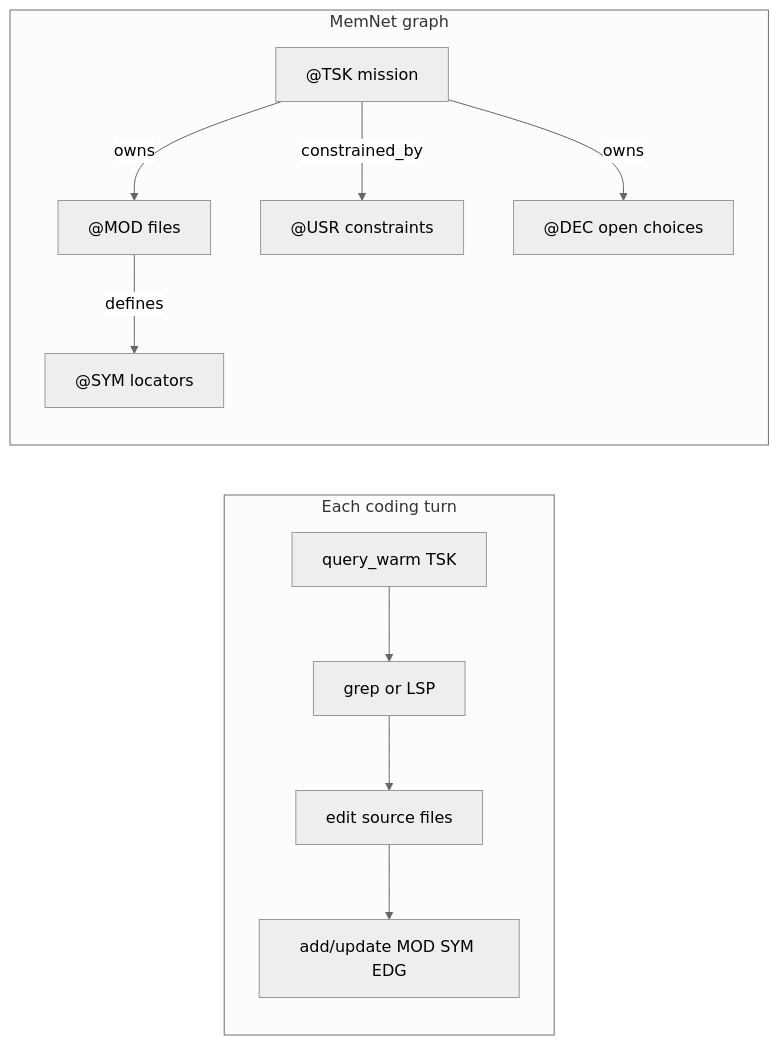
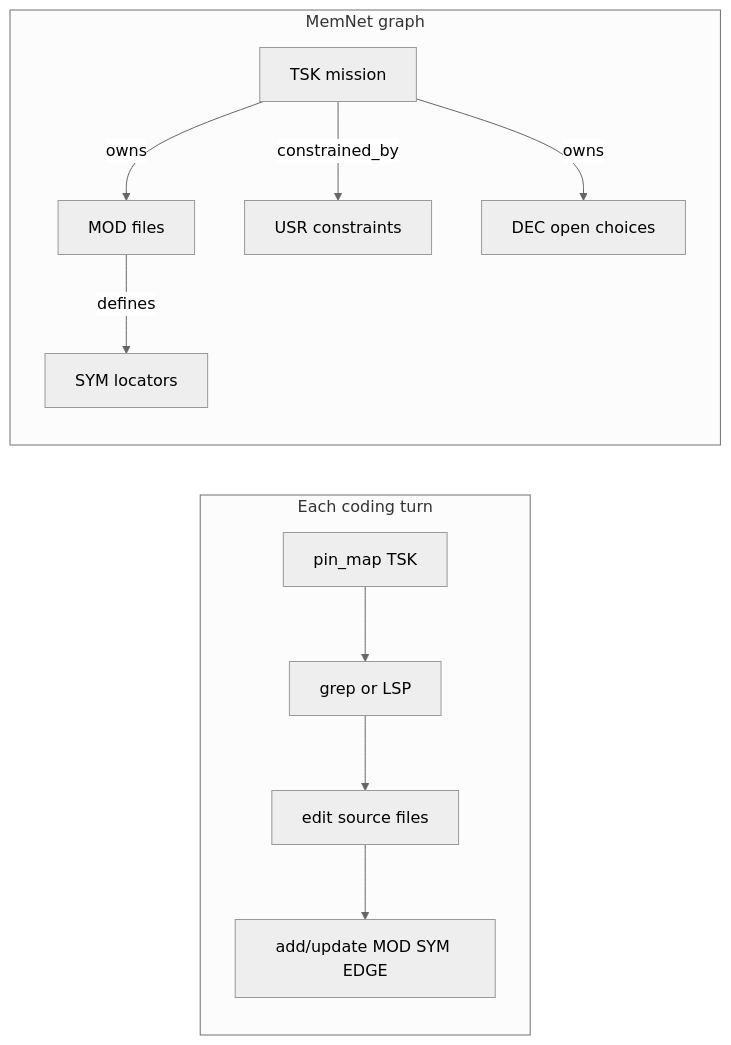
One commit to chouswei/MemNet changed the diagram in docs/application-notes/llm-software-development.md. Above: the diagram before and after it, drawn with Mermaid (neutral theme). The commit also changed other lines of this file and 17 other files, not shown here.

````diff
--- a/docs/application-notes/llm-software-development.md
+++ b/docs/application-notes/llm-software-development.md
@@ -32,21 +31,21 @@
 ```mermaid
 flowchart LR
   subgraph turn_loop [Each coding turn]
-    WARM[query_warm TSK]
+    WARM[pin_map TSK]
     VERIFY[grep or LSP]
     EDIT[edit source files]
-    DELTA[add/update MOD SYM EDG]
+    DELTA[add/update MOD SYM EDGE]
   end
   subgraph memnet_graph [MemNet graph]
-    TSK["@TSK mission"]
-    MOD["@MOD files"]
-    SYM["@SYM locators"]
-    USR["@USR constraints"]
-    DEC["@DEC open choices"]
+    TSK[TSK mission]
+    MOD[MOD files]
+    SYM[SYM locators]
+    USR[USR constraints]
+    DEC[DEC open choices]
   end
   WARM --> VERIFY --> EDIT --> DELTA
   TSK -->|owns| MOD
   MOD -->|defines| SYM
   TSK -->|constrained_by| USR
   TSK -->|owns| DEC
 ```
````
